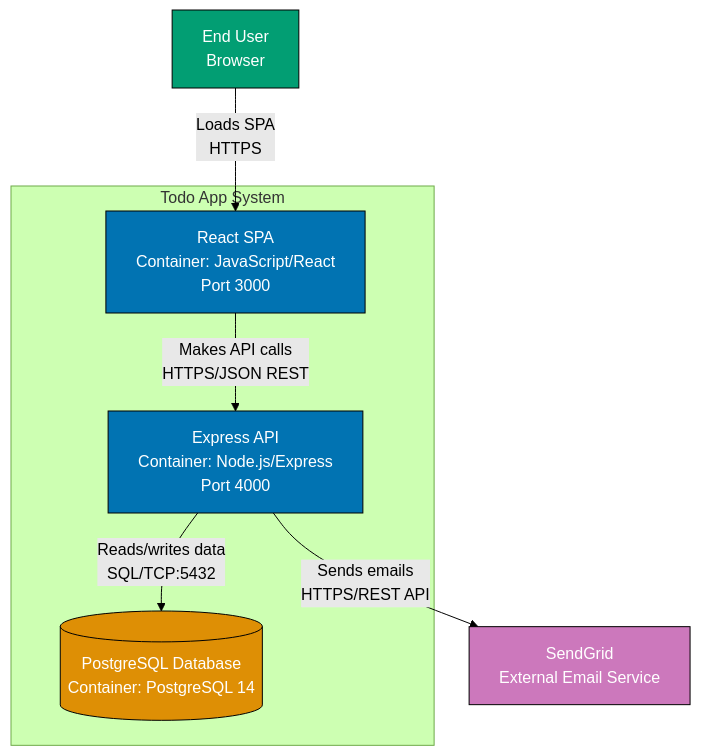
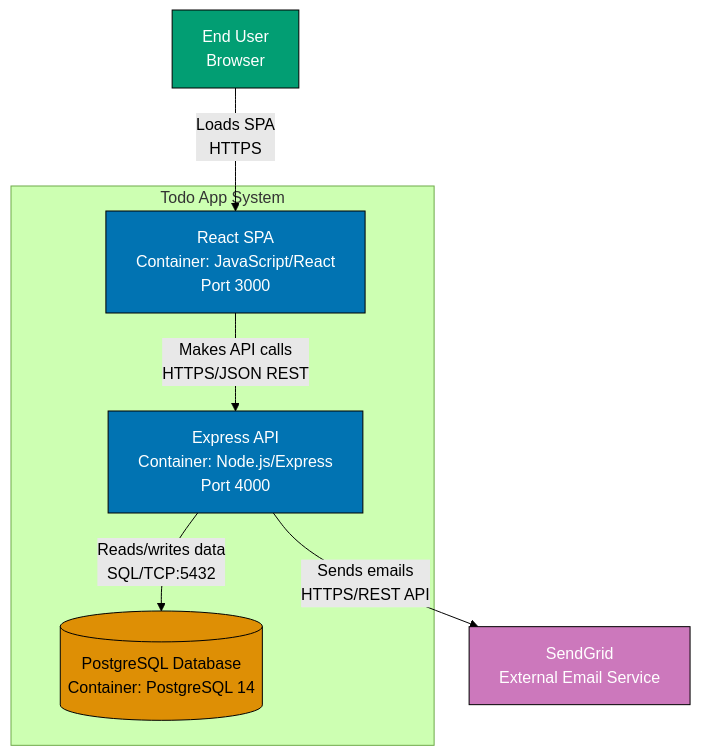
The second of 6 diagrams in docs/explanation/software-design/c4-architecture-model/ex-sode-c4armo__12-simple-app-examples.md (wahidyankf/open-sharia-enterprise), drawn with Mermaid (forest theme) before and after one commit. The commit also changed other lines of this file and 35 other files, not shown here.

````diff
--- a/docs/explanation/software-design/c4-architecture-model/ex-sode-c4armo__12-simple-app-examples.md
+++ b/docs/explanation/software-design/c4-architecture-model/ex-sode-c4armo__12-simple-app-examples.md
@@ -66,23 +66,23 @@
 ```mermaid
 graph TB
     User[End User<br/>Browser]
 
     subgraph "Todo App System"
         SPA[React SPA<br/>Container: JavaScript/React<br/>Port 3000]
         API[Express API<br/>Container: Node.js/Express<br/>Port 4000]
         DB[(PostgreSQL Database<br/>Container: PostgreSQL 14)]
     end
 
     EmailService[SendGrid<br/>External Email Service]
 
     User -->|Loads SPA<br/>HTTPS| SPA
     SPA -->|Makes API calls<br/>HTTPS/JSON REST| API
     API -->|Reads/writes data<br/>SQL/TCP:5432| DB
     API -->|Sends emails<br/>HTTPS/REST API| EmailService
 
     style User fill:#029E73,stroke:#000000,color:#ffffff
     style SPA fill:#0173B2,stroke:#000000,color:#ffffff
     style API fill:#0173B2,stroke:#000000,color:#ffffff
-    style DB fill:#DE8F05,stroke:#000000,color:#ffffff
+    style DB fill:#DE8F05,stroke:#000000,color:#000000
     style EmailService fill:#CC78BC,stroke:#000000,color:#ffffff
 ```
````
